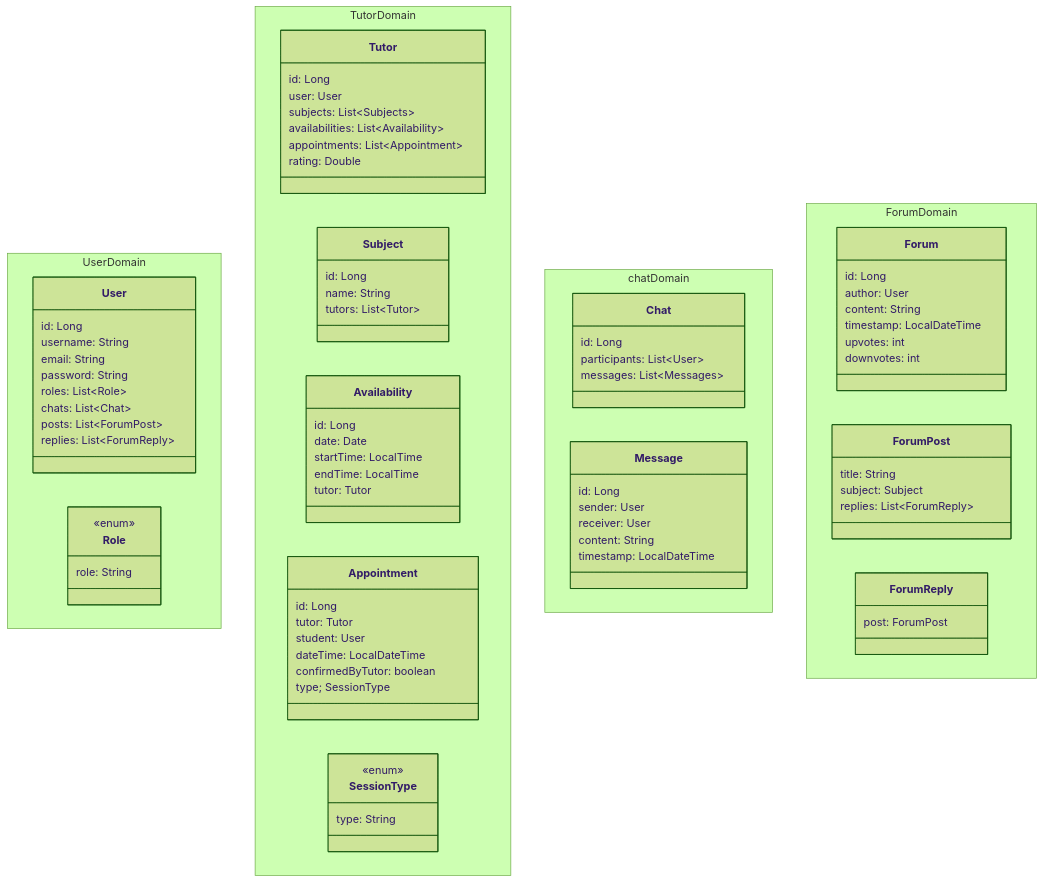
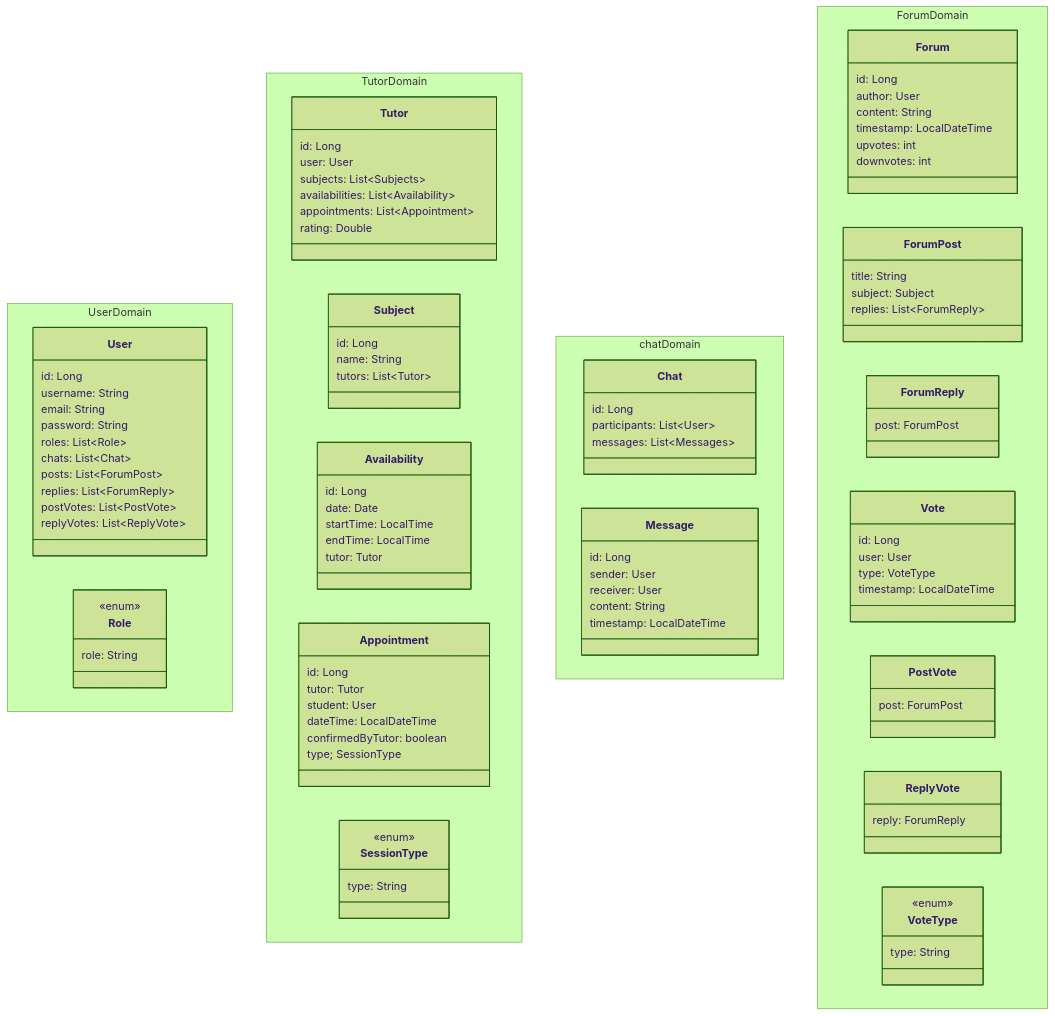
Before and after one commit to sioterino/anemonas: the diagram in docs/diagramas/diagrama-classes/models.md, drawn with Mermaid (forest theme). The commit also changed 4 other files, not shown here.

Commit message:
diagrama de classes / forum domain

````diff
--- a/docs/diagramas/diagrama-classes/models.md
+++ b/docs/diagramas/diagrama-classes/models.md
@@ -15,6 +15,9 @@
             chats: List~Chat~
             posts: List~ForumPost~
             replies: List~ForumReply~
+
+            postVotes: List~PostVote~
+            replyVotes: List~ReplyVote~
         }
 
         class Role {
@@ -98,6 +101,27 @@
         class ForumReply {
             post: ForumPost
         }
+
+        class Vote {
+            id: Long
+            user: User
+            type: VoteType
+            timestamp: LocalDateTime
+        }
+
+        class PostVote {
+            post: ForumPost
+        }
+
+        class ReplyVote {
+            reply: ForumReply
+        }
+
+        class VoteType {
+            <<enum>>
+            type: String
+        }
+
     }
 
 ```
````
